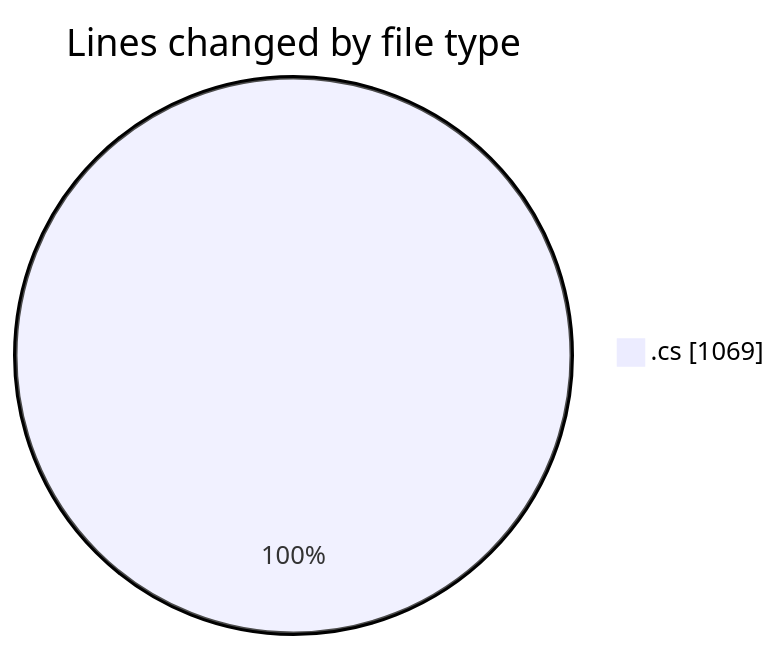
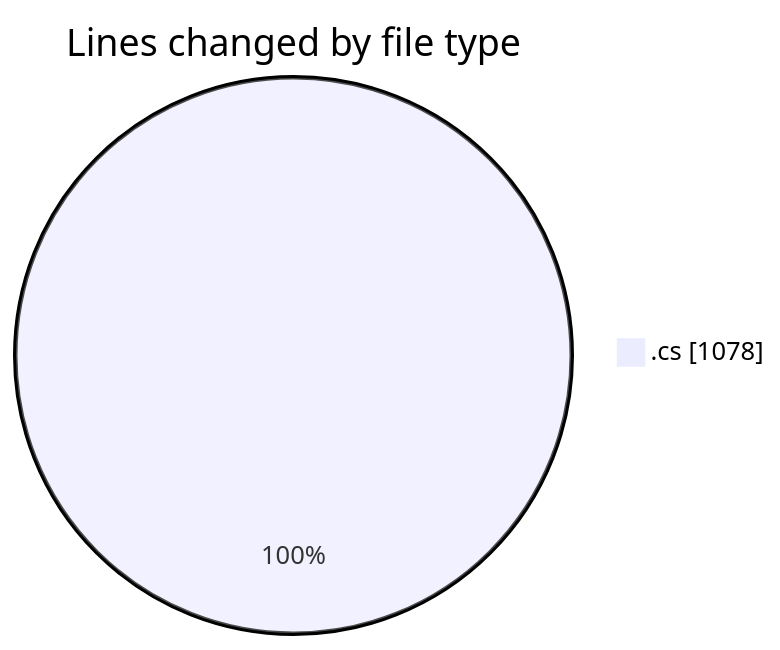
Before and after one commit to Netris89/code-tracking: the first of 2 diagrams in 2025-03-29/back-end/README.md, drawn with Mermaid. The commit also changed other lines of this file and 1 other file, not shown here.

````diff
--- a/2025-03-29/back-end/README.md
+++ b/2025-03-29/back-end/README.md
@@ -23,5 +23,5 @@
 ```mermaid
 pie showData
 title Lines changed by file type
-".cs" : 1069
+".cs" : 1078
 ```
````
